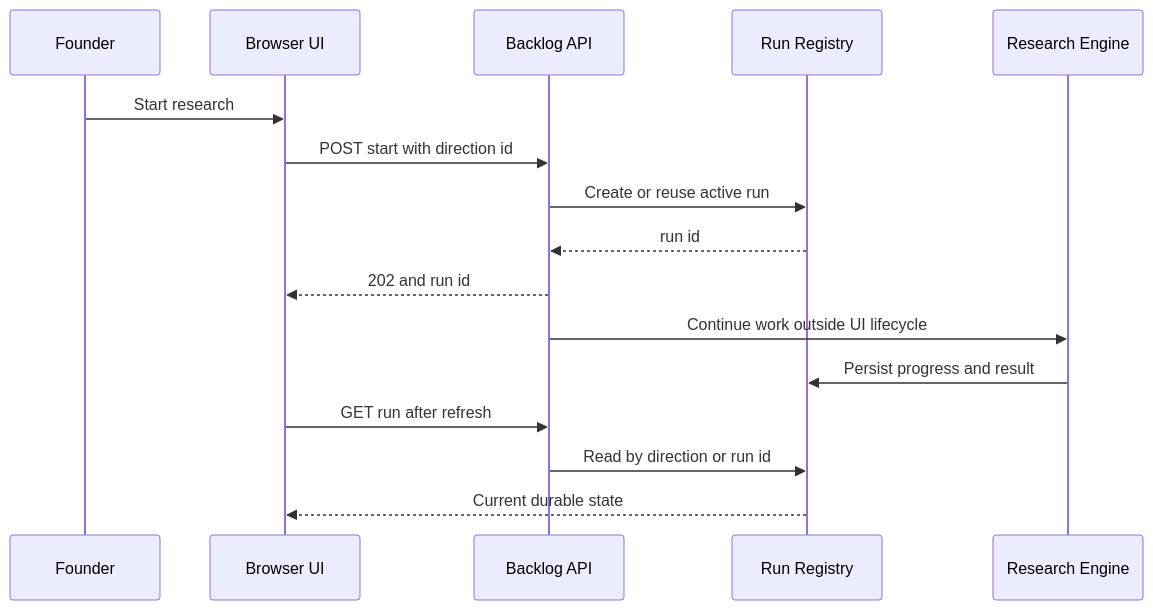
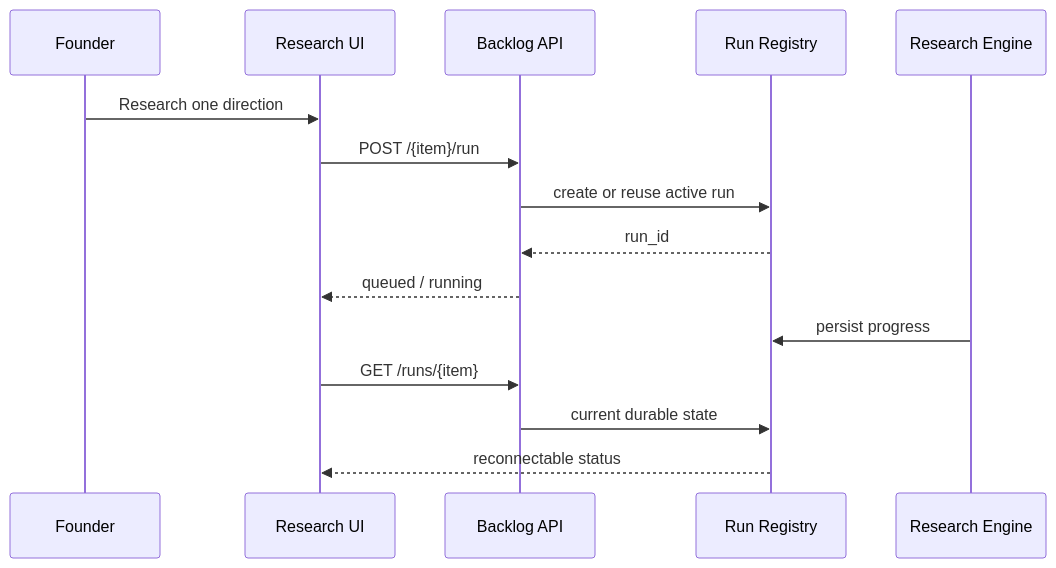
Before and after one commit to eason11133/SignalForge: the second of 2 diagrams in docs/ARCHITECTURE.md, drawn with Mermaid. The commit also changed other lines of this file, not shown here.

Commit message:
docs: align architecture with current tracking system

````diff
--- a/docs/ARCHITECTURE.md
+++ b/docs/ARCHITECTURE.md
@@ -22,19 +144,18 @@
 ```mermaid
 sequenceDiagram
-    participant U as Founder
-    participant UI as Browser UI
+    participant F as Founder
+    participant UI as Research UI
     participant API as Backlog API
-    participant R as Run Registry
+    participant RUN as Run Registry
     participant E as Research Engine
 
-    U->>UI: Start research
-    UI->>API: POST start with direction id
-    API->>R: Create or reuse active run
-    R-->>API: run id
-    API-->>UI: 202 and run id
-    API->>E: Continue work outside UI lifecycle
-    E->>R: Persist progress and result
-    UI->>API: GET run after refresh
-    API->>R: Read by direction or run id
-    R-->>UI: Current durable state
+    F->>UI: Research one direction
+    UI->>API: POST /{item}/run
+    API->>RUN: create or reuse active run
+    RUN-->>API: run_id
+    API-->>UI: queued / running
+    E->>RUN: persist progress
+    UI->>API: GET /runs/{item}
+    API->>RUN: current durable state
+    RUN-->>UI: reconnectable status
 ```
````
